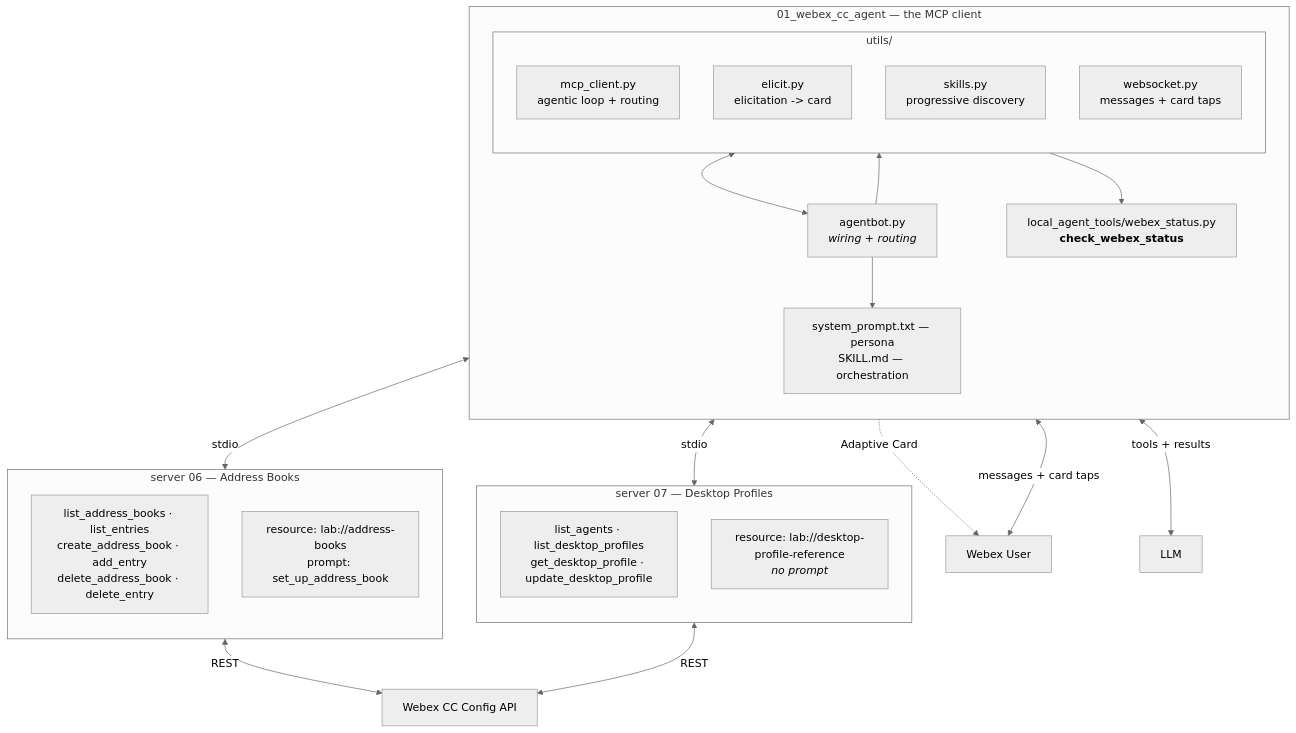
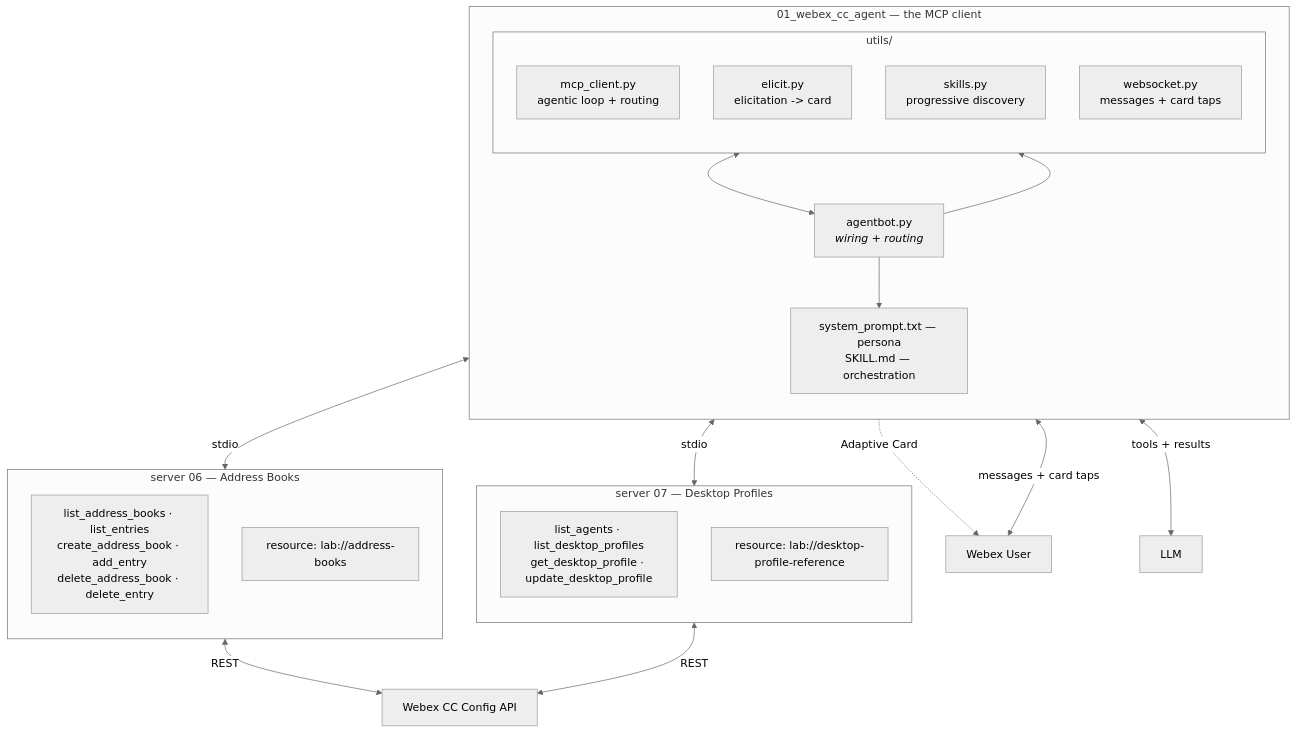
The third of 5 diagrams in docs/lab8_use-cases.md (WebexCC-SA/LAB-31123), drawn with Mermaid (neutral theme) before and after one commit. The commit also changed other lines of this file, not shown here.

Commit message:
modifying lab 08 - WxCC use case

````diff
--- a/docs/lab8_use-cases.md
+++ b/docs/lab8_use-cases.md
@@ -692,45 +677,43 @@
 ```mermaid
 flowchart TB
     User["Webex User"]
 
     subgraph Agent["01_webex_cc_agent — the MCP client"]
         direction TB
         Bot["agentbot.py<br/><i>wiring + routing</i>"]
         Know["system_prompt.txt — persona<br/>SKILL.md — orchestration"]
         subgraph Engine["utils/"]
             direction TB
             MC["mcp_client.py<br/>agentic loop + routing"]
             EL["elicit.py<br/>elicitation -> card"]
             SK["skills.py<br/>progressive discovery"]
             WS["websocket.py<br/>messages + card taps"]
         end
-        Local["local_agent_tools/webex_status.py<br/><b>check_webex_status</b>"]
     end
 
     subgraph S06["server 06 — Address Books"]
         direction TB
         T06["list_address_books · list_entries<br/>create_address_book · add_entry<br/>delete_address_book · delete_entry"]
-        R06["resource: lab://address-books<br/>prompt: set_up_address_book"]
+        R06["resource: lab://address-books"]
     end
 
     subgraph S07["server 07 — Desktop Profiles"]
         direction TB
         T07["list_agents · list_desktop_profiles<br/>get_desktop_profile · update_desktop_profile"]
-        R07["resource: lab://desktop-profile-reference<br/><i>no prompt</i>"]
+        R07["resource: lab://desktop-profile-reference"]
     end
 
     CC["Webex CC Config API"]
     LLM["LLM"]
 
     User <-->|"messages + card taps"| WS
     WS <--> Bot
     Bot --> Know
     Bot --> MC
     MC <-->|"tools + results"| LLM
     MC <-->|stdio| S06
     MC <-->|stdio| S07
-    MC --> Local
     EL -.->|"Adaptive Card"| User
     S06 <-->|REST| CC
     S07 <-->|REST| CC
 ```
````
